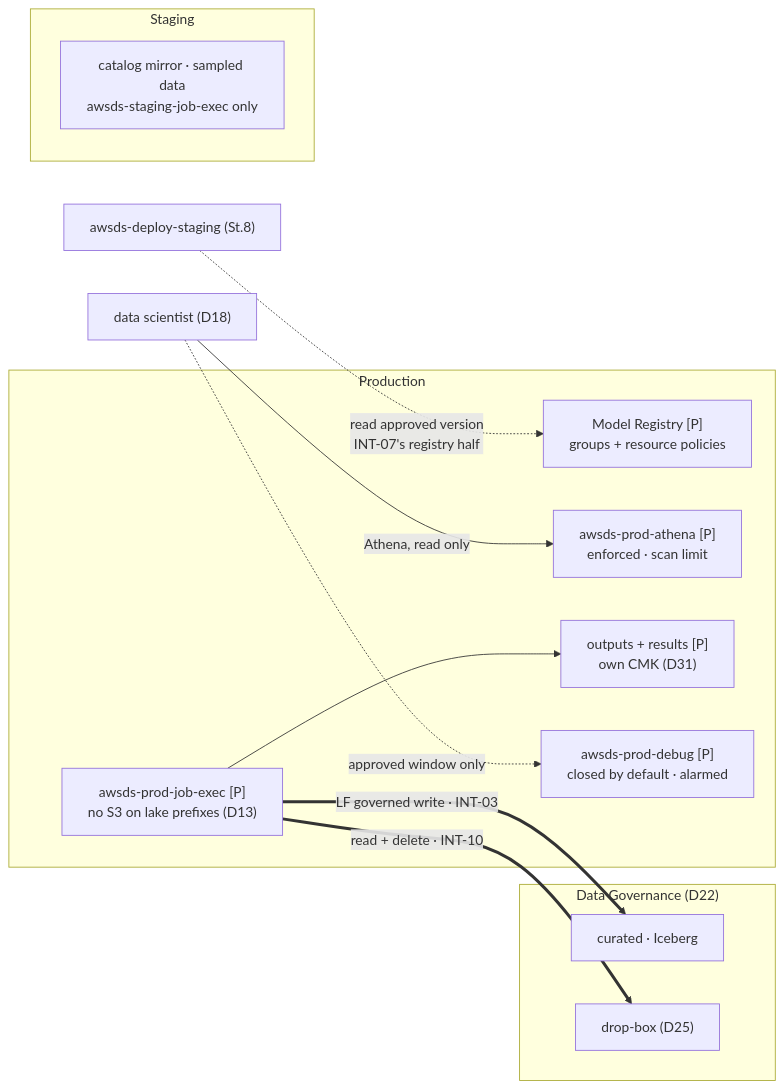
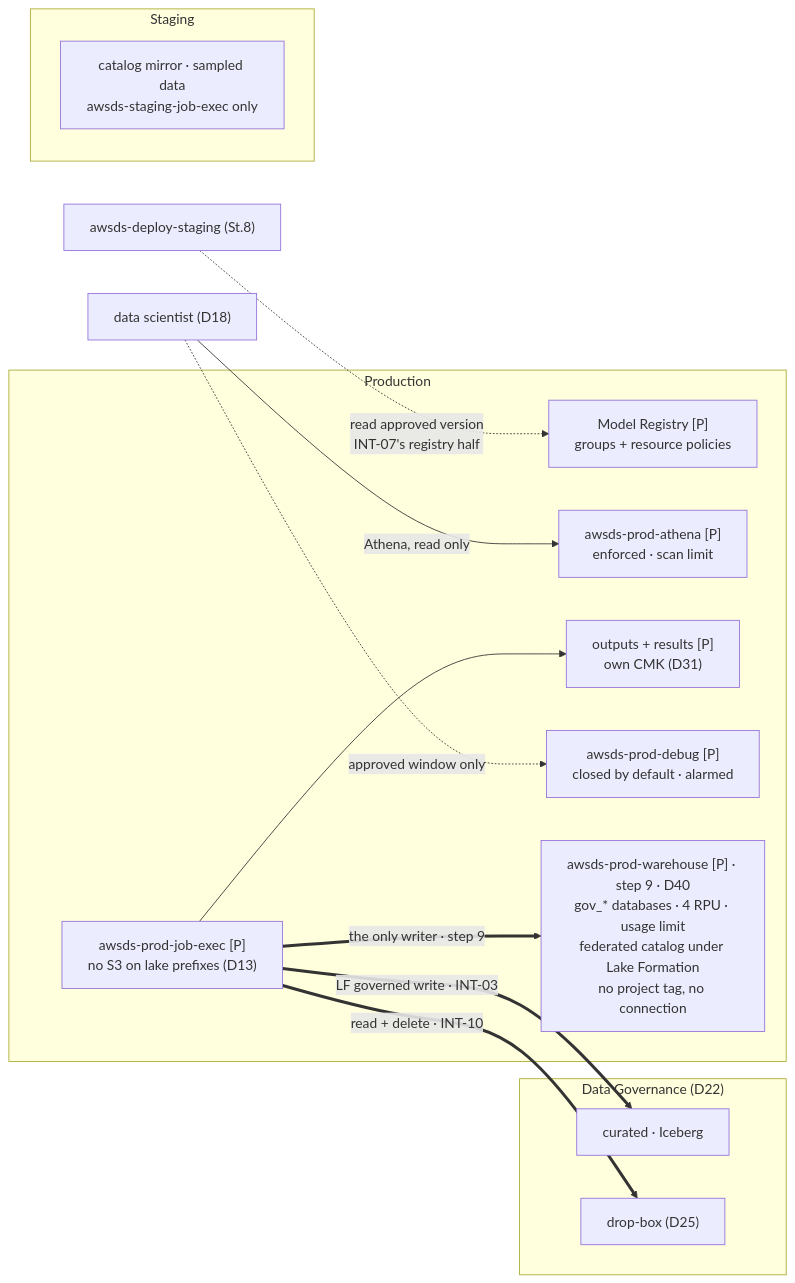
One commit to felipenoris/AWS-DataScience changed the diagram in docs/plan/stages/stage-09-deployment-targets.md. Above: the diagram before and after it, drawn with Mermaid. The commit also changed other lines of this file and 98 other files, not shown here.

````diff
--- a/docs/plan/stages/stage-09-deployment-targets.md
+++ b/docs/plan/stages/stage-09-deployment-targets.md
@@ -41,23 +45,25 @@
 ```mermaid
 flowchart LR
     subgraph DG["Data Governance (D22)"]
         LAKE["curated · Iceberg"]
         BOX["drop-box (D25)"]
     end
     subgraph PRD["Production"]
         JOB["awsds-prod-job-exec [P]<br/>no S3 on lake prefixes (D13)"]
         REG["Model Registry [P]<br/>groups + resource policies"]
         WG["awsds-prod-athena [P]<br/>enforced · scan limit"]
         OUT["outputs + results [P]<br/>own CMK (D31)"]
         DBG["awsds-prod-debug [P]<br/>closed by default · alarmed"]
+        WH["awsds-prod-warehouse [P] · step 9 · D40<br/>gov_* databases · 4 RPU · usage limit<br/>federated catalog under Lake Formation<br/>no project tag, no connection"]
     end
     subgraph STG["Staging"]
         MIR["catalog mirror · sampled data<br/>awsds-staging-job-exec only"]
     end
     JOB ==>|"LF governed write · INT-03"| LAKE
     JOB ==>|"read + delete · INT-10"| BOX
     JOB --> OUT
+    JOB ==>|"the only writer · step 9"| WH
     DS["data scientist (D18)"] -->|"Athena, read only"| WG
     DS -.->|"approved window only"| DBG
     SDR["awsds-deploy-staging (St.8)"] -.->|"read approved version<br/>INT-07's registry half"| REG
 ```
````
